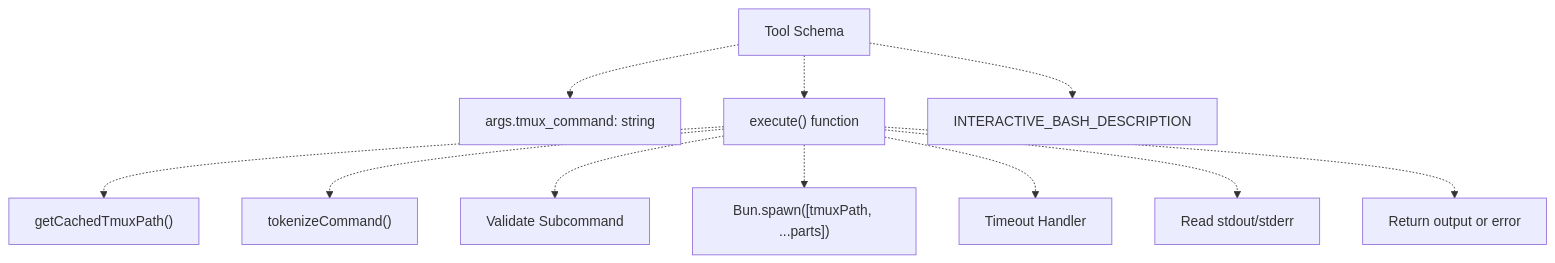
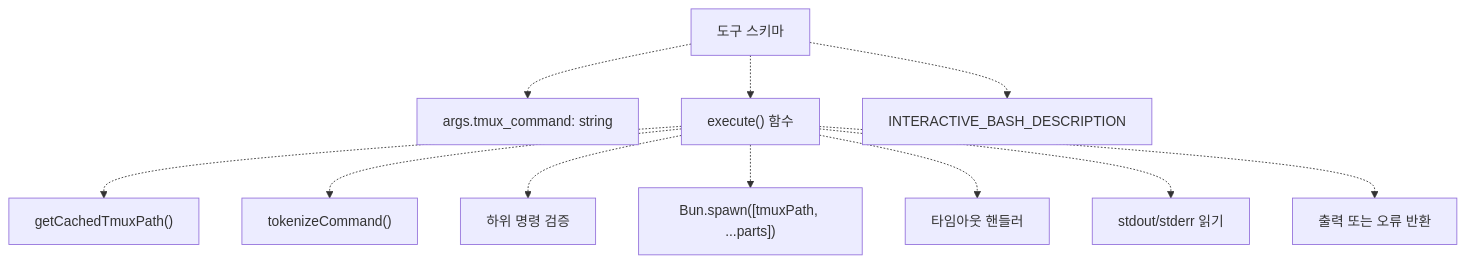
Before and after one commit to felipetruman/oh-my-opencode-docs: the second of 7 diagrams in docs/tools/specialized-tools.md, drawn with Mermaid. The commit also changed other lines of this file and 76 other files, not shown here.

````diff
--- a/docs/tools/specialized-tools.md
+++ b/docs/tools/specialized-tools.md
@@ -88,26 +80,26 @@
 ```mermaid
 flowchart TD
 
-ToolSchema["Tool Schema"]
+ToolSchema["도구 스키마"]
 ArgSchema["args.tmux_command: string"]
-ExecuteFunc["execute() function"]
+ExecuteFunc["execute() 함수"]
 Description["INTERACTIVE_BASH_DESCRIPTION"]
 GetTmuxPath["getCachedTmuxPath()"]
 TokenizeCmd["tokenizeCommand()"]
-ValidateSubcmd["Validate Subcommand"]
+ValidateSubcmd["하위 명령 검증"]
 SpawnProc["Bun.spawn([tmuxPath, ...parts])"]
-TimeoutHandler["Timeout Handler"]
-ReadOutput["Read stdout/stderr"]
-ReturnResult["Return output or error"]
+TimeoutHandler["타임아웃 핸들러"]
+ReadOutput["stdout/stderr 읽기"]
+ReturnResult["출력 또는 오류 반환"]
 
 ToolSchema -.-> ArgSchema
 ToolSchema -.-> ExecuteFunc
 ToolSchema -.-> Description
 ExecuteFunc -.-> GetTmuxPath
 ExecuteFunc -.-> TokenizeCmd
 ExecuteFunc -.-> ValidateSubcmd
 ExecuteFunc -.-> SpawnProc
 ExecuteFunc -.-> TimeoutHandler
 ExecuteFunc -.-> ReadOutput
 ExecuteFunc -.-> ReturnResult
 ```
````
